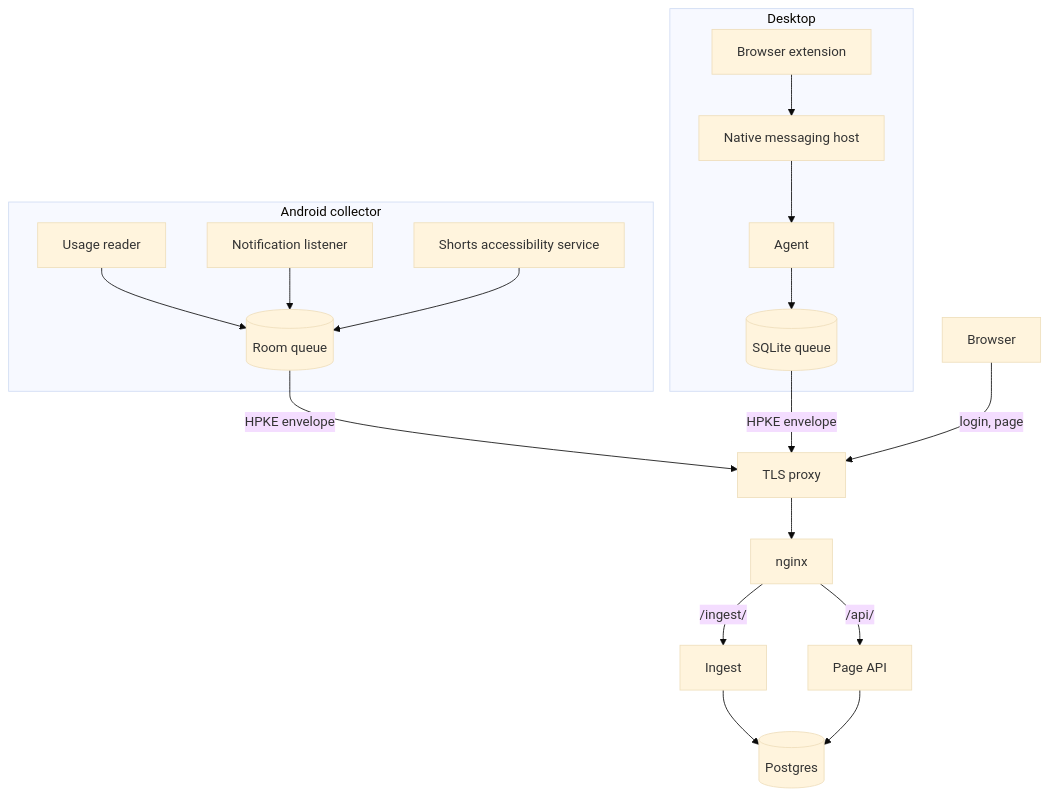
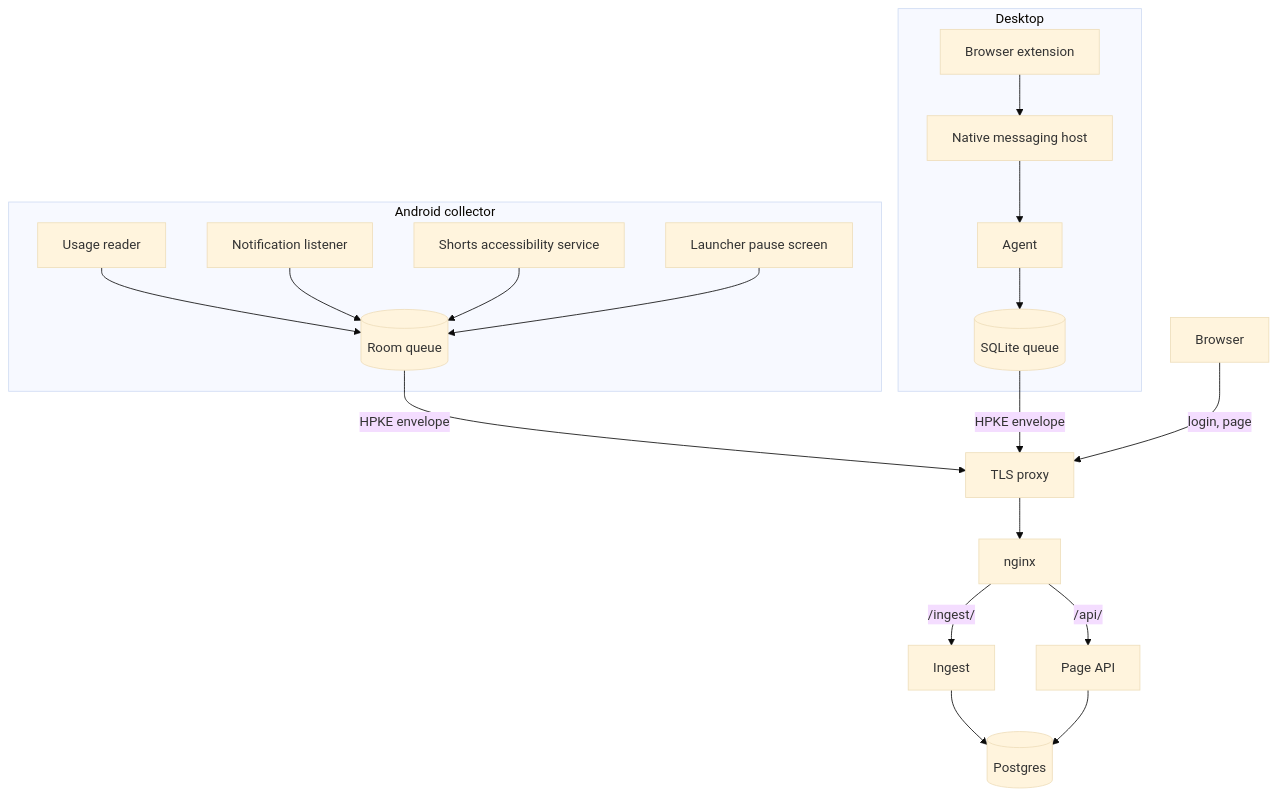
Before and after one commit to AndDev741/beConscient: the first of 2 diagrams in docs/design.md, drawn with Mermaid (base theme). The commit also changed other lines of this file and 28 other files, not shown here.

First line of the commit message:
Let the collector be a minimalist home screen with a pause before chosen apps (#5)

````diff
--- a/docs/design.md
+++ b/docs/design.md
@@ -9,21 +9,22 @@
 ```mermaid
 flowchart TB
   subgraph Phone[Android collector]
     A1[Usage reader] --> Q1[(Room queue)]
     A2[Notification listener] --> Q1
     A3[Shorts accessibility service] --> Q1
+    A4[Launcher pause screen] --> Q1
   end
   subgraph Desk[Desktop]
     X[Browser extension] --> H[Native messaging host]
     H --> G[Agent]
     G --> Q2[(SQLite queue)]
   end
   Q1 -->|HPKE envelope| P[TLS proxy]
   Q2 -->|HPKE envelope| P
   B[Browser] -->|login, page| P
   P --> N[nginx]
   N -->|/ingest/| I[Ingest]
   N -->|/api/| V[Page API]
   I --> DB[(Postgres)]
   V --> DB
 ```
````
